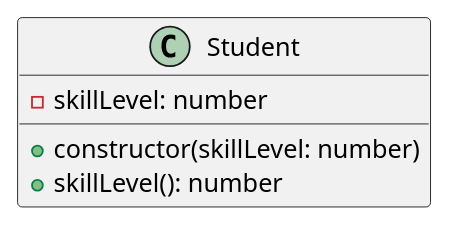
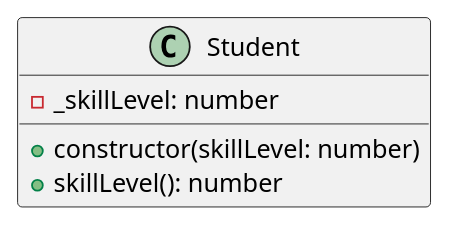
The diagram in docs/exercises/oop/hard/courses_students/Student.plantuml (krisztiankazinczi/bh-fst01), drawn with PlantUML before and after one commit. The commit also changed 4 other files, not shown here.

```diff
--- a/docs/exercises/oop/hard/courses_students/Student.plantuml
+++ b/docs/exercises/oop/hard/courses_students/Student.plantuml
@@ -1,8 +1,8 @@
 @startuml
 class Student {
-    - skillLevel: number
+    - _skillLevel: number
 
     + constructor(skillLevel: number)
     + skillLevel(): number
 }
 @enduml
```
